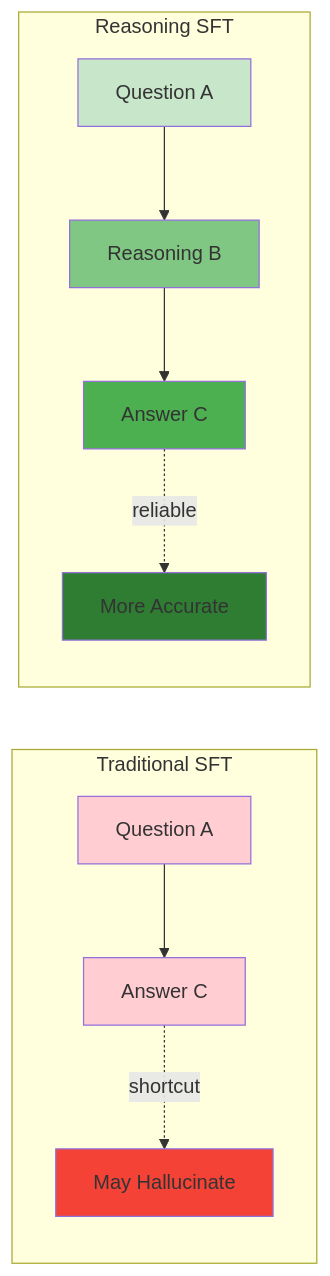
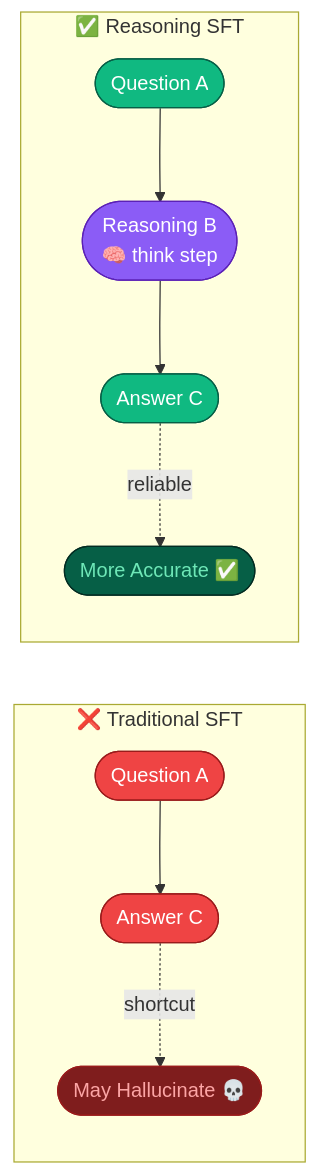
Before and after one commit to tripplen23/finetuning-sessions: the fifth of 7 diagrams in week2/CONTEXT.md, drawn with Mermaid. The commit also changed other lines of this file and 1 other file, not shown here.

Commit message:
update mermaid

````diff
--- a/week2/CONTEXT.md
+++ b/week2/CONTEXT.md
@@ -463,21 +461,19 @@
 ```mermaid
 graph LR
-    subgraph "Traditional SFT"
-        T1[Question A] --> T2[Answer C]
-        T2 -.shortcut.-> T3[May Hallucinate]
+    subgraph trad["❌ Traditional SFT"]
+        T1(["Question A"]):::bad --> T2(["Answer C"]):::bad
+        T2 -. "shortcut" .-> T3(["May Hallucinate 💀"]):::danger
     end
-    
-    subgraph "Reasoning SFT"
-        R1[Question A] --> R2[Reasoning B]
-        R2 --> R3[Answer C]
-        R3 -.reliable.-> R4[More Accurate]
+
+    subgraph reason["✅ Reasoning SFT"]
+        R1(["Question A"]):::good --> R2(["Reasoning B<br/>🧠 think step"]):::think
+        R2 --> R3(["Answer C"]):::good
+        R3 -. "reliable" .-> R4(["More Accurate ✅"]):::great
     end
-    
-    style T1 fill:#ffcdd2
-    style T2 fill:#ffcdd2
-    style T3 fill:#f44336
-    style R1 fill:#c8e6c9
-    style R2 fill:#81c784
-    style R3 fill:#4caf50
-    style R4 fill:#2e7d32
+
+    classDef bad    fill:#EF4444,stroke:#991B1B,color:#fff
+    classDef danger fill:#7F1D1D,stroke:#991B1B,color:#fca5a5
+    classDef good   fill:#10B981,stroke:#065F46,color:#fff
+    classDef think  fill:#8B5CF6,stroke:#5B21B6,color:#fff
+    classDef great  fill:#065F46,stroke:#022C22,color:#6EE7B7
 ```
````
